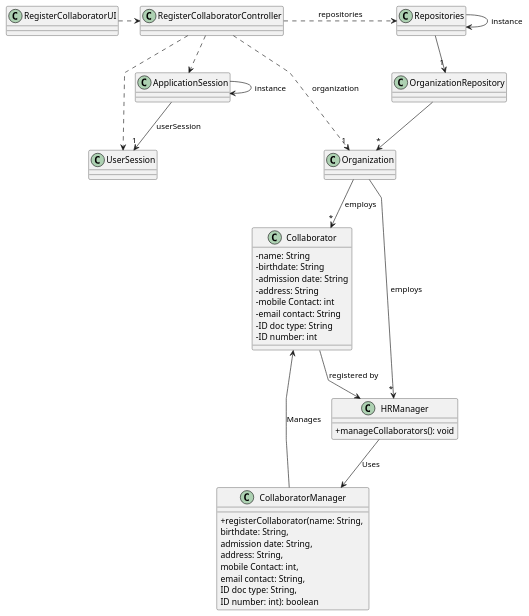
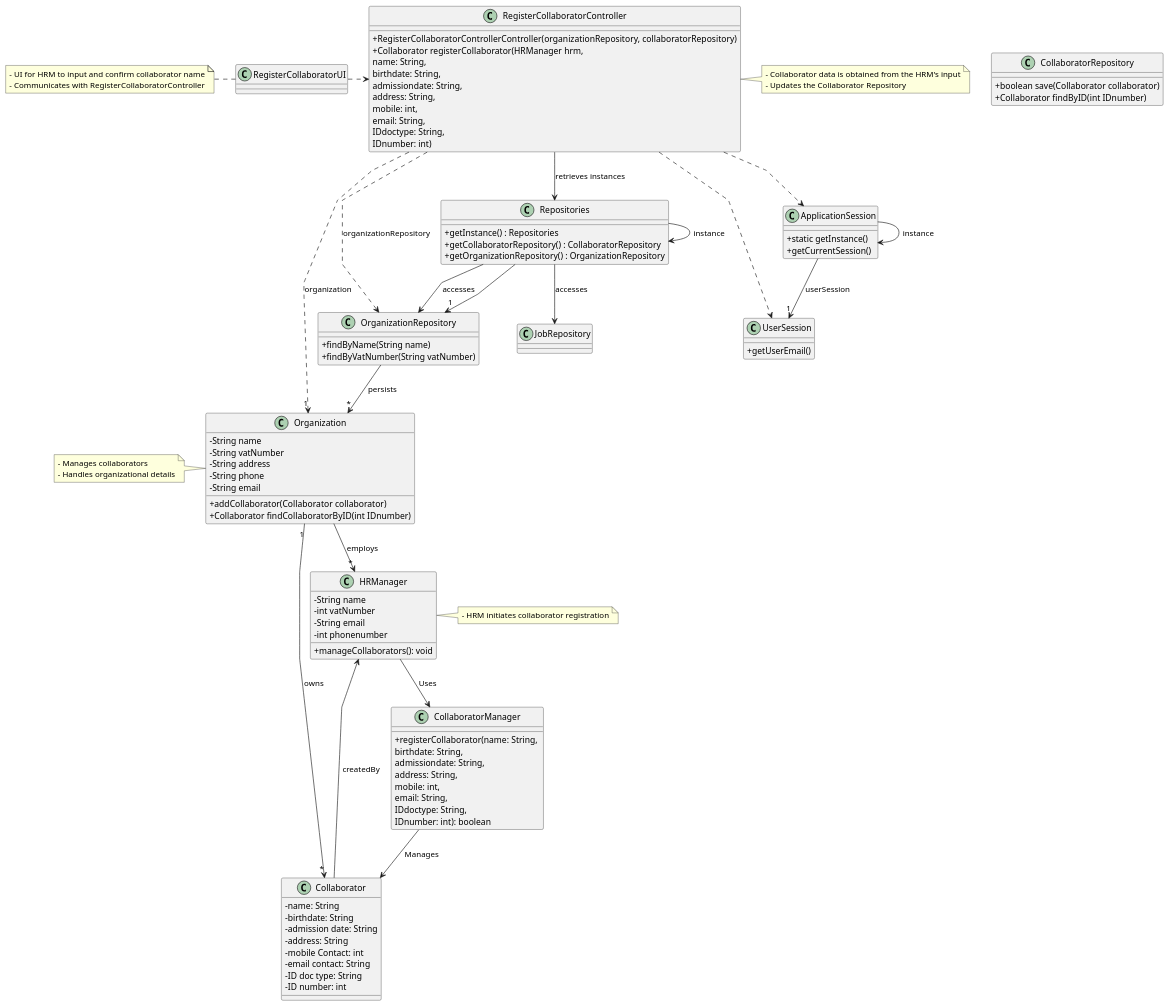
One commit to tiagosoa/lei-24-s2-1dgh-g073 changed the diagram in docs/sprint2/us003/03.design/puml/us003-class-diagram.puml. Above: the diagram before and after it, drawn with PlantUML. The commit also changed 32 other files, not shown here.

Commit message:
US05 Design + Previous US class Diagrams

```diff
--- a/docs/sprint2/us003/03.design/puml/us003-class-diagram.puml
+++ b/docs/sprint2/us003/03.design/puml/us003-class-diagram.puml
@@ -1,55 +1,128 @@
 @startuml
-'skinparam monochrome true
-skinparam packageStyle rectangle
-skinparam shadowing false
-skinparam linetype polyline
-'skinparam linetype orto
+ 'skinparam monochrome true
+ skinparam packageStyle rectangle
+ skinparam shadowing false
+ skinparam linetype polyline
+ 'skinparam linetype orto
 
-skinparam classAttributeIconSize 0
+ skinparam classAttributeIconSize 0
 
-'left to right direction
+ 'left to right direction
+
+ class ApplicationSession
+ {
+     + static getInstance()
+     + getCurrentSession()
+ }
+
+ class UserSession
+ {
+     + getUserEmail()
+ }
 
 class Collaborator {
     - name: String
     - birthdate: String
     - admission date: String
     - address: String
     - mobile Contact: int
     - email contact: String
     - ID doc type: String
     - ID number: int
 }
 
-class CollaboratorManager {
-    + registerCollaborator(name: String, \nbirthdate: String, \nadmission date: String, \naddress: String, \nmobile Contact: int, \nemail contact: String, \nID doc type: String, \nID number: int): boolean
-}
+ class CollaboratorManager {
+     + registerCollaborator(name: String, \nbirthdate: String, \nadmissiondate: String, \naddress: String, \nmobile: int, \nemail: String, \nIDdoctype: String, \nIDnumber: int): boolean
+ }
 
-class HRManager {
-    + manageCollaborators(): void
-}
+ class CollaboratorRepository {
+   + boolean save(Collaborator collaborator)
+   + Collaborator findByID(int IDnumber)
+ }
 
-CollaboratorManager --> Collaborator: Manages
-HRManager --> CollaboratorManager: Uses
+ class Organization {
+   - String name
+   - String vatNumber
+   - String address
+   - String phone
+   - String email
+   + addCollaborator(Collaborator collaborator)
+   + Collaborator findCollaboratorByID(int IDnumber)
+ }
 
+ class OrganizationRepository {
+   + findByName(String name)
+   + findByVatNumber(String vatNumber)
+ }
 
-Repositories -> Repositories : instance
-ApplicationSession -> ApplicationSession : instance
+ class Repositories {
+   + getInstance() : Repositories
+   + getCollaboratorRepository() : CollaboratorRepository
+   + getOrganizationRepository() : OrganizationRepository
+ }
 
-RegisterCollaboratorUI .> RegisterCollaboratorController
+ class RegisterCollaboratorController {
+   + RegisterCollaboratorControllerController(organizationRepository, collaboratorRepository)
+   + Collaborator registerCollaborator(HRManager hrm, \nname: String, \nbirthdate: String, \nadmissiondate: String, \naddress: String, \nmobile: int, \nemail: String, \nIDdoctype: String, \nIDnumber: int)
+ }
 
-RegisterCollaboratorController .> Repositories : repositories
+ class RegisterCollaboratorUI {
 
-Repositories --> "1" OrganizationRepository
+ }
 
-OrganizationRepository --> "*" Organization
-ApplicationSession --> "1" UserSession : userSession
+ class HRManager {
+    - String name
+    - int vatNumber
+    - String email
+    - int phonenumber
+     + manageCollaborators(): void
+ }
 
-RegisterCollaboratorController ..> "1" Organization : organization
-RegisterCollaboratorController ..> ApplicationSession
-RegisterCollaboratorController ..> UserSession
-Collaborator --> HRManager : registered by
+ CollaboratorManager --> Collaborator: Manages
+ HRManager --> CollaboratorManager: Uses
 
-Organization --> "*" HRManager : employs
-Organization --> "*" Collaborator : employs
+ note right of RegisterCollaboratorController
+   - Collaborator data is obtained from the HRM's input
+   - Updates the Collaborator Repository
+ end note
 
-@enduml
+ note right of HRManager
+   - HRM initiates collaborator registration
+ end note
+
+ note left of RegisterCollaboratorUI
+   - UI for HRM to input and confirm collaborator name
+   - Communicates with RegisterCollaboratorController
+ end note
+
+ note left of Organization
+   - Manages collaborators
+   - Handles organizational details
+ end note
+
+ Repositories -> Repositories : instance
+ ApplicationSession -> ApplicationSession : instance
+
+ RegisterCollaboratorUI .> RegisterCollaboratorController
+
+ RegisterCollaboratorController -down-> Repositories : retrieves instances
+
+ Repositories -down-> JobRepository : accesses
+ Repositories -down-> OrganizationRepository : accesses
+
+ RegisterCollaboratorController ..> OrganizationRepository : organizationRepository
+
+ Repositories --> "1" OrganizationRepository
+
+ OrganizationRepository --> "*" Organization : persists
+ ApplicationSession --> "1" UserSession : userSession
+
+ RegisterCollaboratorController ..> "1" Organization : organization
+ RegisterCollaboratorController ..> ApplicationSession
+ RegisterCollaboratorController ..> UserSession
+ Organization "1" --> "*" Collaborator : owns
+ Collaborator --> HRManager : createdBy
+
+ Organization --> "*" HRManager : employs
+
+ @enduml
```
